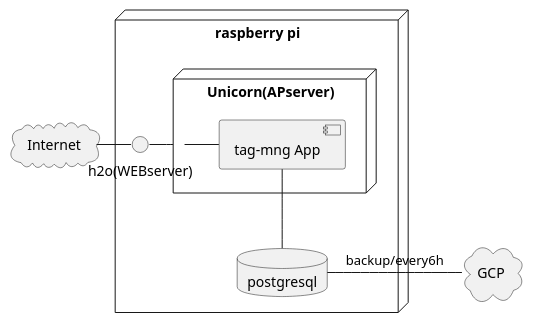
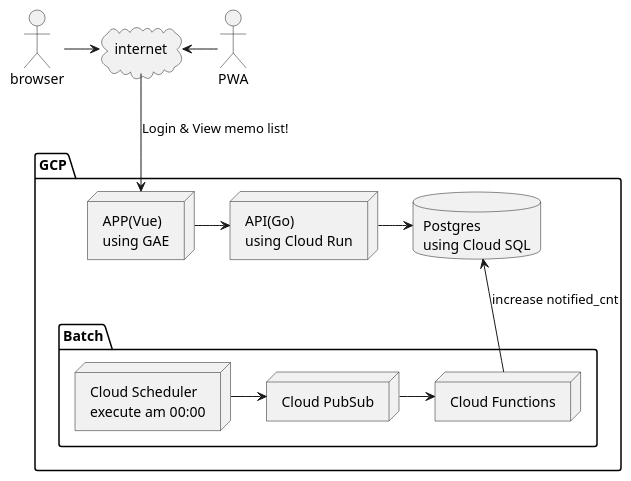
Before and after one commit to ddddddO/memo: the diagram in arc/arc.pu, drawn with PlantUML. The commit also changed 2 other files, not shown here.

```diff
--- a/arc/arc.pu
+++ b/arc/arc.pu
@@ -1,32 +1,40 @@
 @startuml
 'MODULEs
-node "raspberry pi" as pi {
 
-  () "h2o(WEBserver)" as h2o
+actor "browser"
+actor "PWA"
 
-  node "Unicorn(APserver)" as unicorn {
-    component "tag-mng App" as tag_mng_app
+cloud "internet"
+
+package "GCP" {
+  node "API(Go)\nusing Cloud Run" as api {
   }
 
-  database "postgresql" as postgres {
-    
+  node "APP(Vue)\nusing GAE" as app {
   }
 
+  database "Postgres\nusing Cloud SQL" as db {
+  }
+
+  package "Batch" {
+    node "Cloud Scheduler\nexecute am 00:00" as scheduler {
+    }
+    node "Cloud PubSub" as pubsub {
+    }
+    node "Cloud Functions" as function {
+    }
+  }
 }
 
-cloud "Internet" as internet {
+'RELATIONs
+PWA -left-> internet
+browser -right-> internet
 
-}
-cloud "GCP" as gcp {
+internet --> app: Login & View memo list!
+app -> api
+api -> db
 
-}
-
-
-'RELATIONs
-internet - h2o
-h2o - unicorn
-unicorn - tag_mng_app
-tag_mng_app -- postgres
-postgres - gcp : backup/every6h
-
+scheduler -> pubsub
+pubsub -> function
+function -up-> db : increase notified_cnt
 @enduml
```
